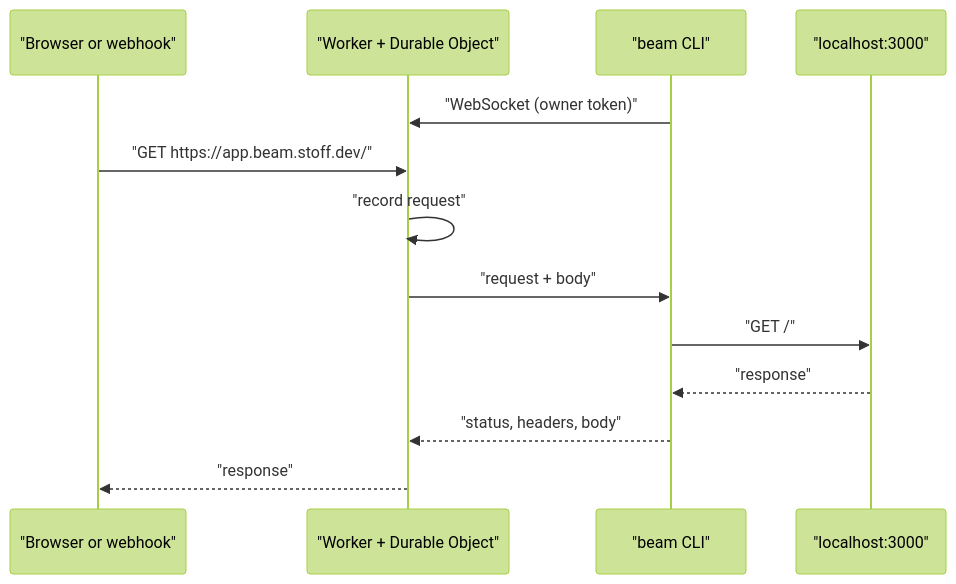
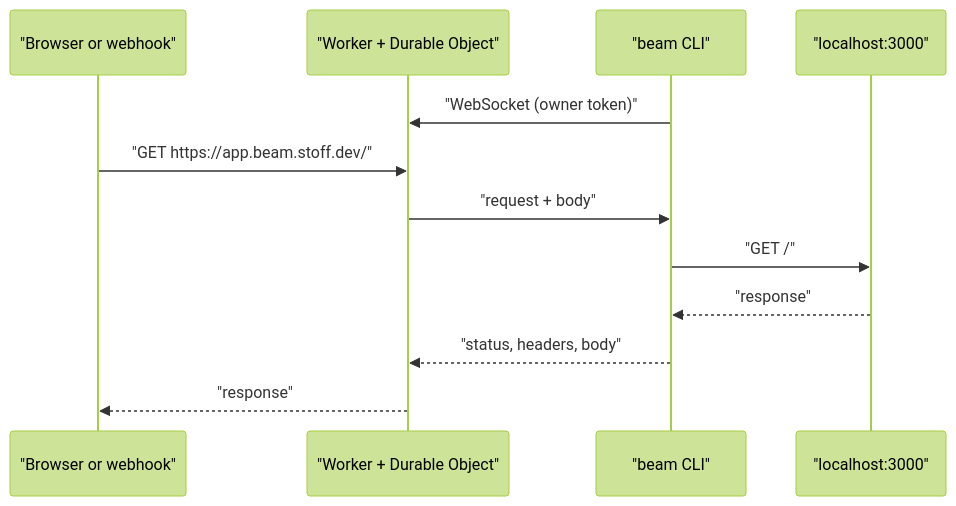
The diagram in README.md (Stoffbergie/beam), drawn with Mermaid (forest theme) before and after one commit. The commit also changed other lines of this file and 22 other files, not shown here.

````diff
--- a/README.md
+++ b/README.md
@@ -118,16 +75,15 @@
 ```mermaid
 sequenceDiagram
     participant Visitor as "Browser or webhook"
     participant Beam as "Worker + Durable Object"
     participant CLI as "beam CLI"
     participant App as "localhost:3000"
 
     CLI->>Beam: "WebSocket (owner token)"
     Visitor->>Beam: "GET https://app.beam.stoff.dev/"
-    Beam->>Beam: "record request"
     Beam->>CLI: "request + body"
     CLI->>App: "GET /"
     App-->>CLI: "response"
     CLI-->>Beam: "status, headers, body"
     Beam-->>Visitor: "response"
 ```
````
